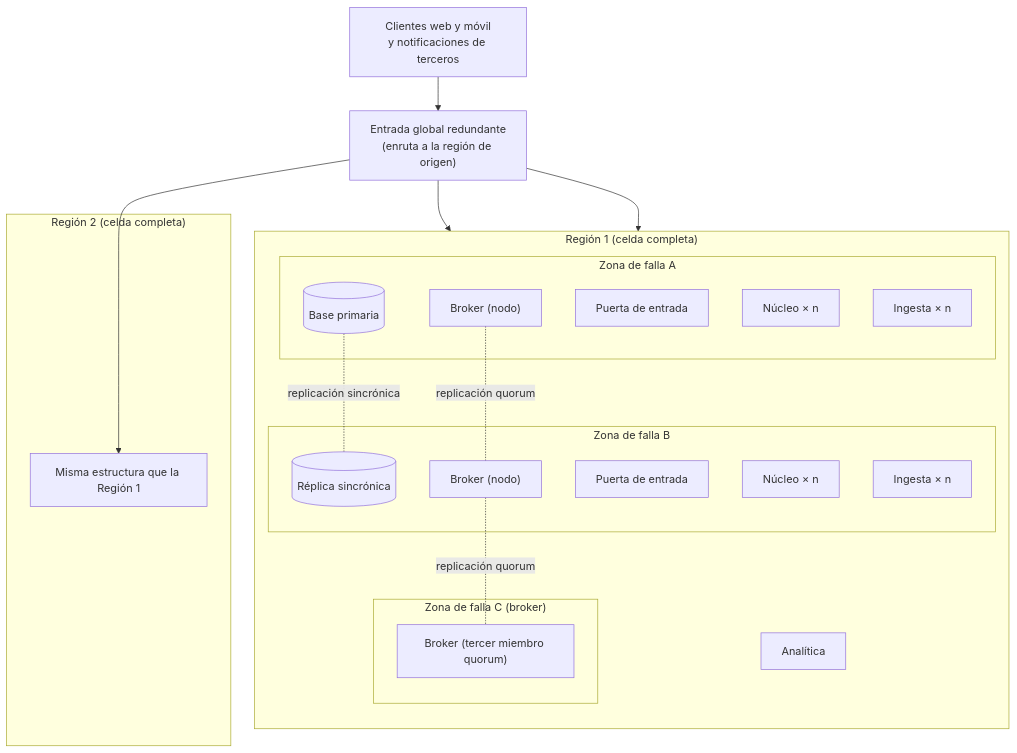
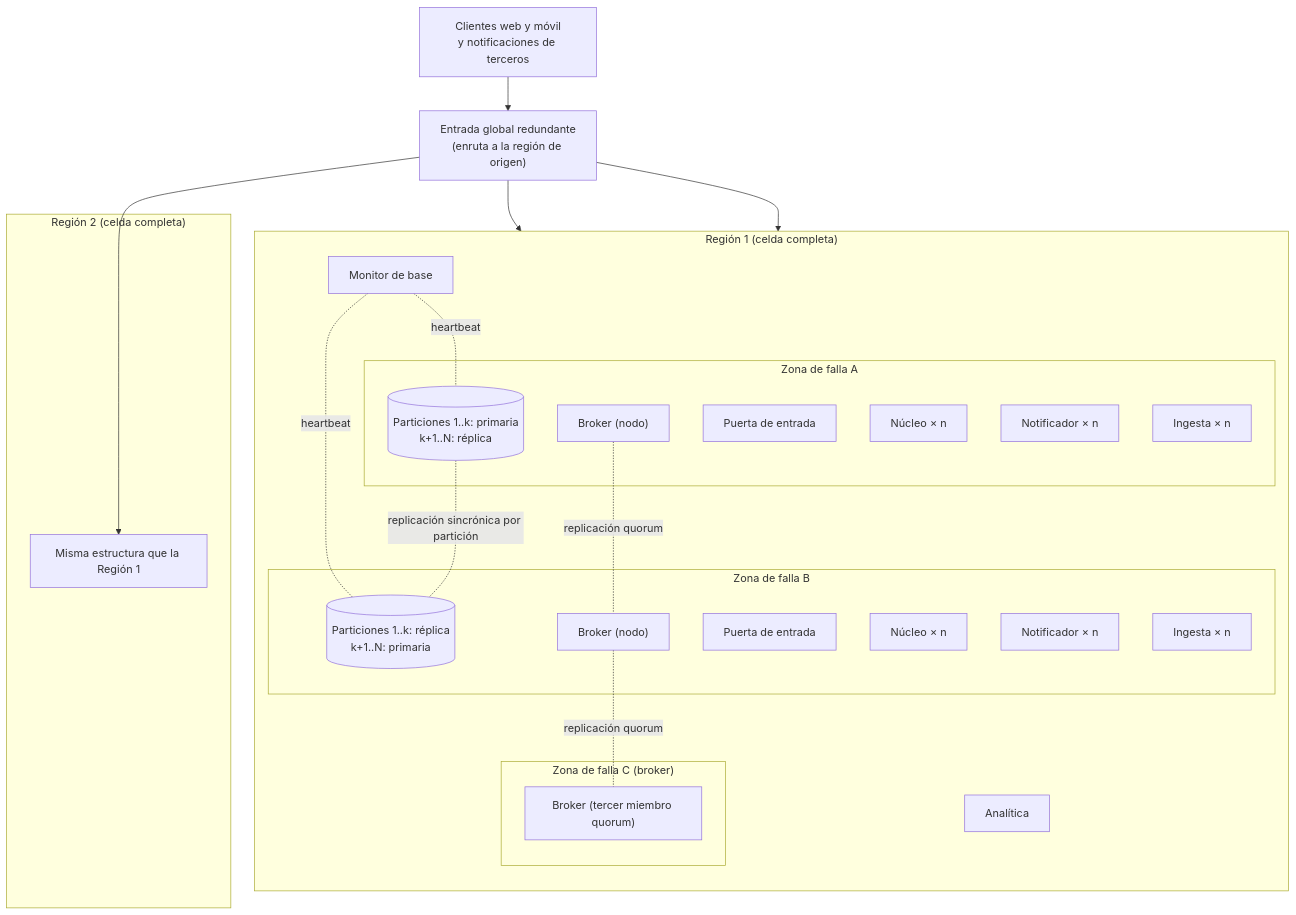
The diagram in trotamundos/docs/02-views/deployment-view.md (TadeoBrun1/TPE_software), drawn with Mermaid before and after one commit. The commit also changed other lines of this file and 23 other files, not shown here.

````diff
--- a/trotamundos/docs/02-views/deployment-view.md
+++ b/trotamundos/docs/02-views/deployment-view.md
@@ -14,37 +14,42 @@
 ```mermaid
 flowchart TB
     U["Clientes web y móvil<br/>y notificaciones de terceros"] --> E["Entrada global redundante<br/>(enruta a la región de origen)"]
 
     subgraph R1["Región 1 (celda completa)"]
         direction TB
         subgraph Z1["Zona de falla A"]
             G1["Puerta de entrada"]
             N1["Núcleo × n"]
+            NT1["Notificador × n"]
             I1["Ingesta × n"]
             B1["Broker (nodo)"]
-            D1[("Base primaria")]
+            D1[("Particiones 1..k: primaria<br/>k+1..N: réplica")]
         end
         subgraph Z2["Zona de falla B"]
             G2["Puerta de entrada"]
             N2["Núcleo × n"]
+            NT2["Notificador × n"]
             I2["Ingesta × n"]
             B2["Broker (nodo)"]
-            D2[("Réplica sincrónica")]
+            D2[("Particiones 1..k: réplica<br/>k+1..N: primaria")]
         end
         subgraph Z3["Zona de falla C (broker)"]
             B3["Broker (tercer miembro quorum)"]
         end
         A1["Analítica"]
-        D1 -. "replicación sincrónica" .- D2
+        MB["Monitor de base"]
+        D1 -. "replicación sincrónica por partición" .- D2
+        MB -. "heartbeat" .- D1
+        MB -. "heartbeat" .- D2
         B1 -. "replicación quorum" .- B2
         B2 -. "replicación quorum" .- B3
     end
 
     subgraph R2["Región 2 (celda completa)"]
         X2["Misma estructura que la Región 1"]
     end
 
     E --> G1
     E --> G2
     E --> X2
 ```
````
